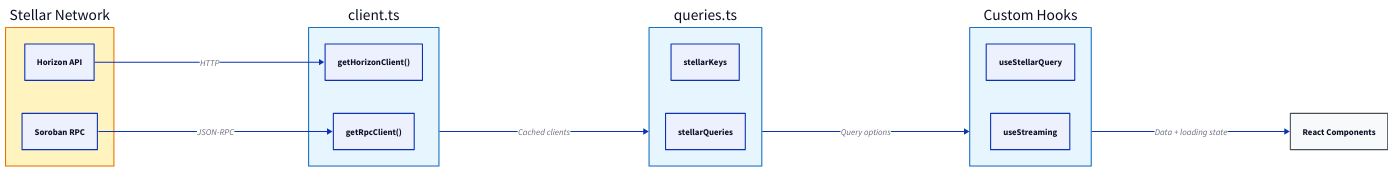
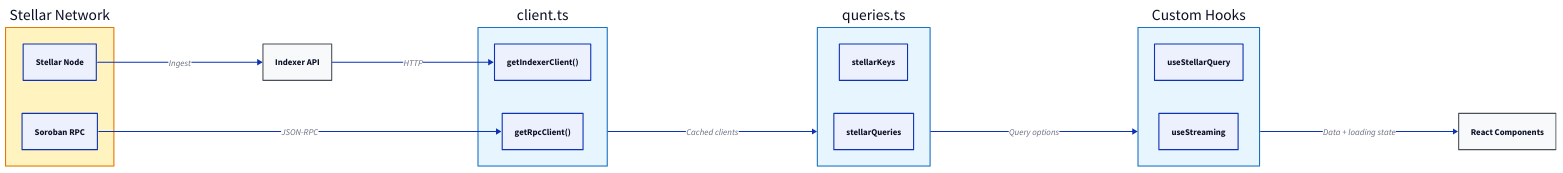
One commit to salazarsebas/stellar-explorer changed the diagram in docs/d2/data-flow.d2. Above: the diagram before and after it, drawn with D2. The commit also changed 9 other files, not shown here.

```diff
--- a/docs/d2/data-flow.d2
+++ b/docs/d2/data-flow.d2
@@ -1,50 +1,58 @@
 direction: right
 
 stellar: Stellar Network {
   style: {
     fill: "#fff3bf"
     stroke: "#e67700"
   }
-  horizon: Horizon API
+  node: Stellar Node
   rpc: Soroban RPC
+}
+
+indexer: Indexer API {
+  style: {
+    fill: "#f8f9fa"
+    stroke: "#495057"
+  }
 }
 
 client: "client.ts" {
   style: {
     fill: "#e7f5ff"
     stroke: "#1971c2"
   }
-  horizon_client: getHorizonClient()
+  indexer_client: getIndexerClient()
   rpc_client: getRpcClient()
 }
 
 queries: "queries.ts" {
   style: {
     fill: "#e7f5ff"
     stroke: "#1971c2"
   }
   keys: stellarKeys
   options: stellarQueries
 }
 
 hooks: Custom Hooks {
   style: {
     fill: "#e7f5ff"
     stroke: "#1971c2"
   }
   query: useStellarQuery
   stream: useStreaming
 }
 
 components: React Components {
   style: {
     fill: "#f8f9fa"
     stroke: "#495057"
   }
 }
 
-stellar.horizon -> client.horizon_client: HTTP
+stellar.node -> indexer: Ingest
+indexer -> client.indexer_client: HTTP
 stellar.rpc -> client.rpc_client: JSON-RPC
 client -> queries: Cached clients
 queries -> hooks: Query options
 hooks -> components: Data + loading state
```
